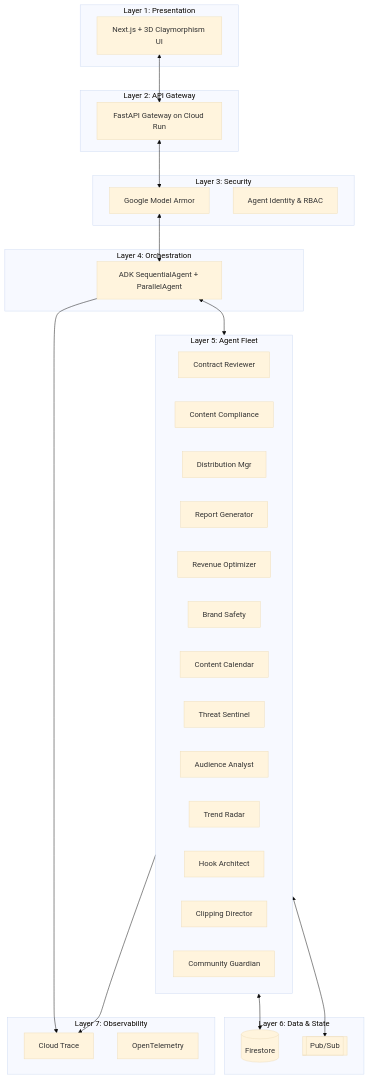
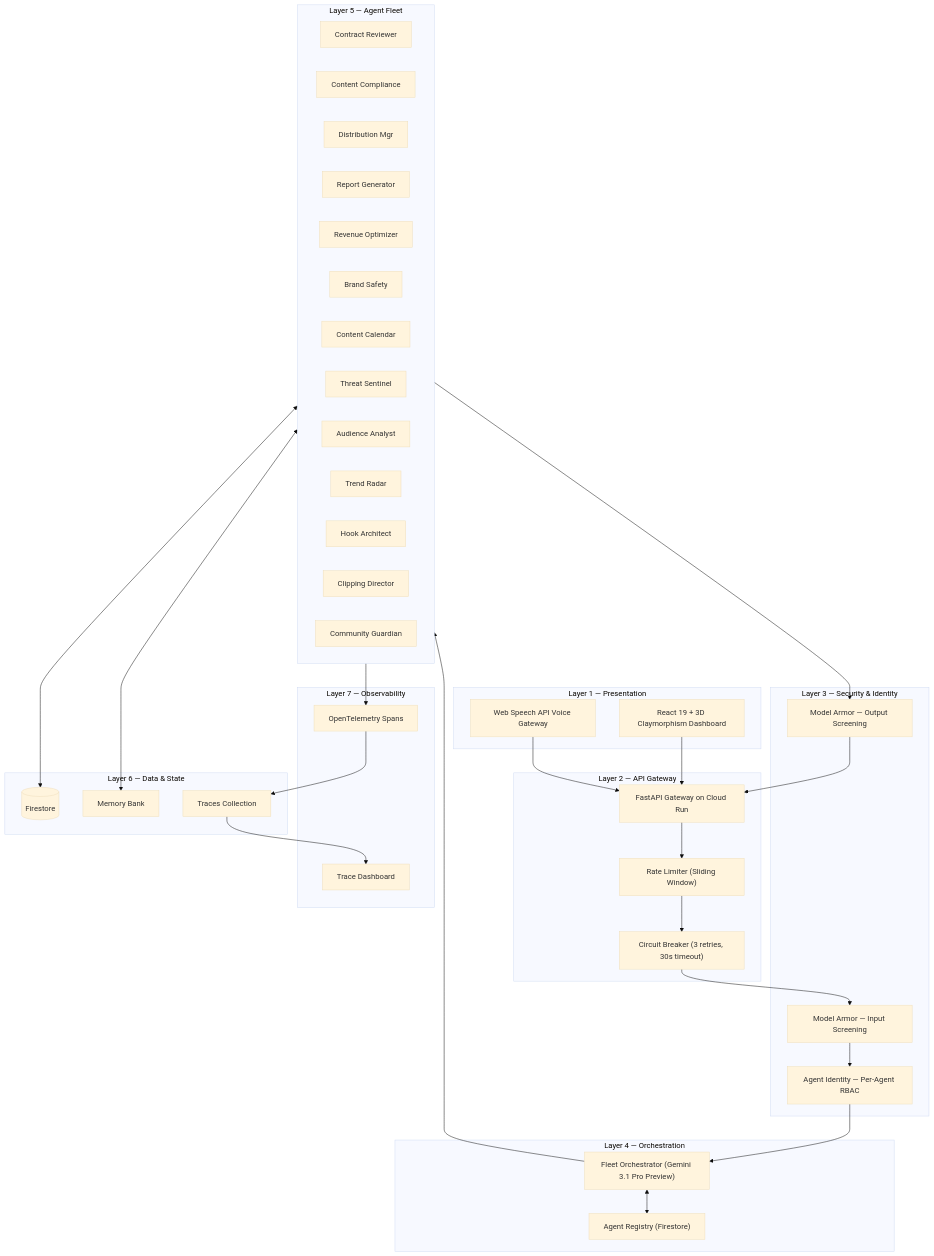
Before and after one commit to z-lovejeet/Crewmate: the first of 8 diagrams in docs/01-system-architecture.md, drawn with Mermaid (base theme). The commit also changed other lines of this file and 1 other file, not shown here.

Commit message:
docs: update PRD and 7-layer system architecture for Fortified Enterprise Fleet

````diff
--- a/docs/01-system-architecture.md
+++ b/docs/01-system-architecture.md
@@ -5,55 +12,62 @@
 ```mermaid
 flowchart TD
-    subgraph Layer1[Layer 1: Presentation]
-        UI[Next.js + 3D Claymorphism UI]
+    subgraph L1["Layer 1 — Presentation"]
+        UI["React 19 + 3D Claymorphism Dashboard"]
+        Voice["Web Speech API Voice Gateway"]
     end
 
-    subgraph Layer2[Layer 2: API Gateway]
-        API[FastAPI Gateway on Cloud Run]
+    subgraph L2["Layer 2 — API Gateway"]
+        GW["FastAPI Gateway on Cloud Run"]
+        RL["Rate Limiter (Sliding Window)"]
+        CB["Circuit Breaker (3 retries, 30s timeout)"]
     end
 
-    subgraph Layer3[Layer 3: Security]
-        MA[Google Model Armor]
-        IAM[Agent Identity & RBAC]
+    subgraph L3["Layer 3 — Security & Identity"]
+        MA_IN["Model Armor — Input Screening"]
+        RBAC["Agent Identity — Per-Agent RBAC"]
+        MA_OUT["Model Armor — Output Screening"]
     end
 
-    subgraph Layer4[Layer 4: Orchestration]
-        Orch[ADK SequentialAgent + ParallelAgent]
+    subgraph L4["Layer 4 — Orchestration"]
+        ORCH["Fleet Orchestrator (Gemini 3.1 Pro Preview)"]
+        REG["Agent Registry (Firestore)"]
     end
 
-    subgraph Layer5[Layer 5: Agent Fleet]
+    subgraph L5["Layer 5 — Agent Fleet"]
         direction LR
-        A1[Contract Reviewer]
-        A2[Content Compliance]
-        A3[Distribution Mgr]
-        A4[Report Generator]
-        A5[Revenue Optimizer]
-        A6[Brand Safety]
-        A7[Content Calendar]
-        A8[Threat Sentinel]
-        A9[Audience Analyst]
-        A10[Trend Radar]
-        A11[Hook Architect]
-        A12[Clipping Director]
-        A13[Community Guardian]
+        A1["Contract Reviewer"]
+        A2["Content Compliance"]
+        A3["Distribution Mgr"]
+        A4["Report Generator"]
+        A5["Revenue Optimizer"]
+        A6["Brand Safety"]
+        A7["Content Calendar"]
+        A8["Threat Sentinel"]
+        A9["Audience Analyst"]
+        A10["Trend Radar"]
+        A11["Hook Architect"]
+        A12["Clipping Director"]
+        A13["Community Guardian"]
     end
 
-    subgraph Layer6[Layer 6: Data & State]
-        FS[(Firestore)]
-        PS[[Pub/Sub]]
+    subgraph L6["Layer 6 — Data & State"]
+        FS[("Firestore")]
+        MEM["Memory Bank"]
+        TRACES["Traces Collection"]
     end
 
-    subgraph Layer7[Layer 7: Observability]
-        CT[Cloud Trace]
-        OT[OpenTelemetry]
+    subgraph L7["Layer 7 — Observability"]
+        OTEL["OpenTelemetry Spans"]
+        DASH["Trace Dashboard"]
     end
 
-    UI <--> API
-    API <--> MA
-    MA <--> Orch
-    Orch <--> Layer5
-    Layer5 <--> FS
-    Layer5 <--> PS
-    Layer5 --> CT
-    Orch --> CT
+    UI & Voice --> GW
+    GW --> RL --> CB --> MA_IN
+    MA_IN --> RBAC --> ORCH
+    ORCH <--> REG
+    ORCH --> L5
+    L5 <--> FS & MEM
+    L5 --> MA_OUT --> GW
+    L5 --> OTEL --> TRACES
+    TRACES --> DASH
 ```
````
